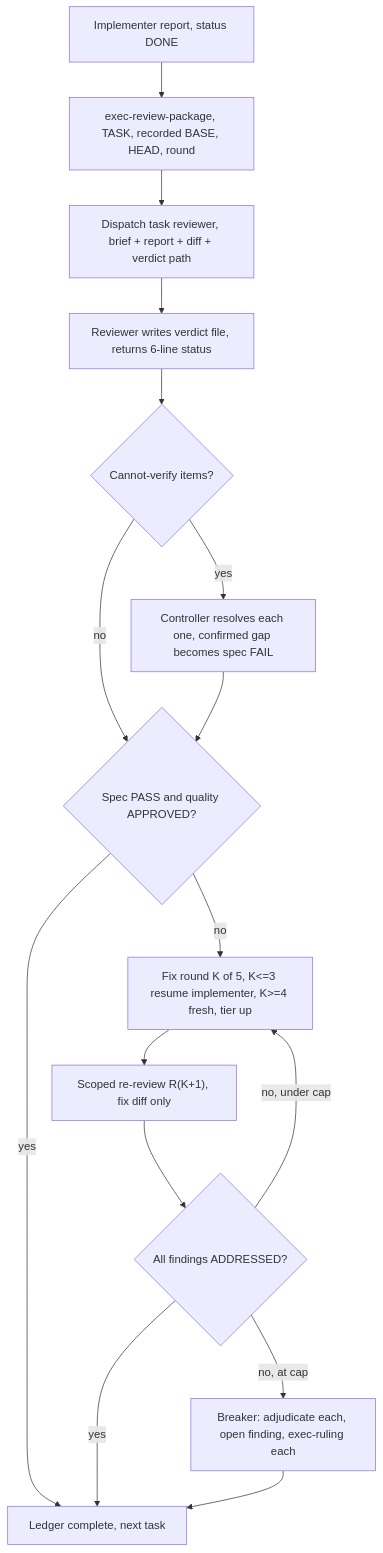
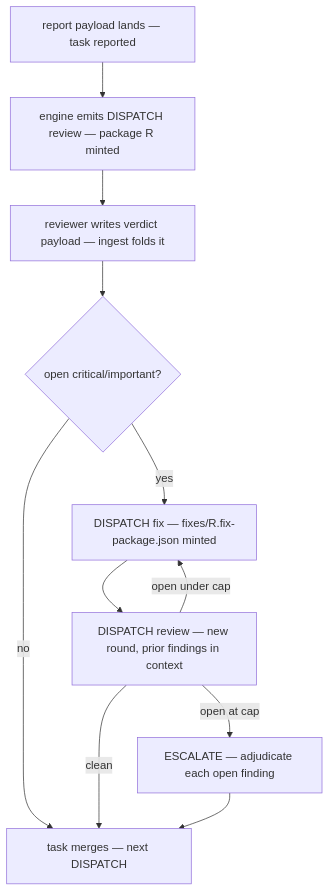
The diagram in skills/executor-review/SKILL.md (Atri10/executor), drawn with Mermaid before and after one commit. The commit also changed other lines of this file and 40 other files, not shown here.

````diff
--- a/skills/executor-review/SKILL.md
+++ b/skills/executor-review/SKILL.md
@@ -103,18 +91,13 @@
 ```mermaid
 flowchart TB
-    RPT["Implementer report, status DONE"] --> PKG["exec-review-package, TASK, recorded BASE, HEAD, round"]
-    PKG --> DIS["Dispatch task reviewer, brief + report + diff + verdict path"]
-    DIS --> V["Reviewer writes verdict file, returns 6-line status"]
-    V --> CV{"Cannot-verify items?"}
-    CV -->|"yes"| RES["Controller resolves each one, confirmed gap becomes spec FAIL"]
-    CV -->|"no"| G{"Spec PASS and quality APPROVED?"}
-    RES --> G
-    G -->|"yes"| DONE["Ledger complete, next task"]
-    G -->|"no"| FIX["Fix round K of 5, K<=3 resume implementer, K>=4 fresh, tier up"]
-    FIX --> RR["Scoped re-review R(K+1), fix diff only"]
-    RR --> AD{"All findings ADDRESSED?"}
-    AD -->|"yes"| DONE
-    AD -->|"no, under cap"| FIX
-    AD -->|"no, at cap"| BRK["Breaker: adjudicate each, open finding, exec-ruling each"]
+    RPT["report payload lands — task reported"] --> PKG["engine emits DISPATCH review — package R<NN> minted"]
+    PKG --> V["reviewer writes verdict payload — ingest folds it"]
+    V --> CV{"open critical/important?"}
+    CV -->|"no"| DONE["task merges — next DISPATCH"]
+    CV -->|"yes"| FIX["DISPATCH fix — fixes/R<NN>.fix-package.json minted"]
+    FIX --> RR["DISPATCH review — new round, prior findings in context"]
+    RR -->|"clean"| DONE
+    RR -->|"open under cap"| FIX
+    RR -->|"open at cap"| BRK["ESCALATE — adjudicate each open finding"]
     BRK --> DONE
 ```
````
